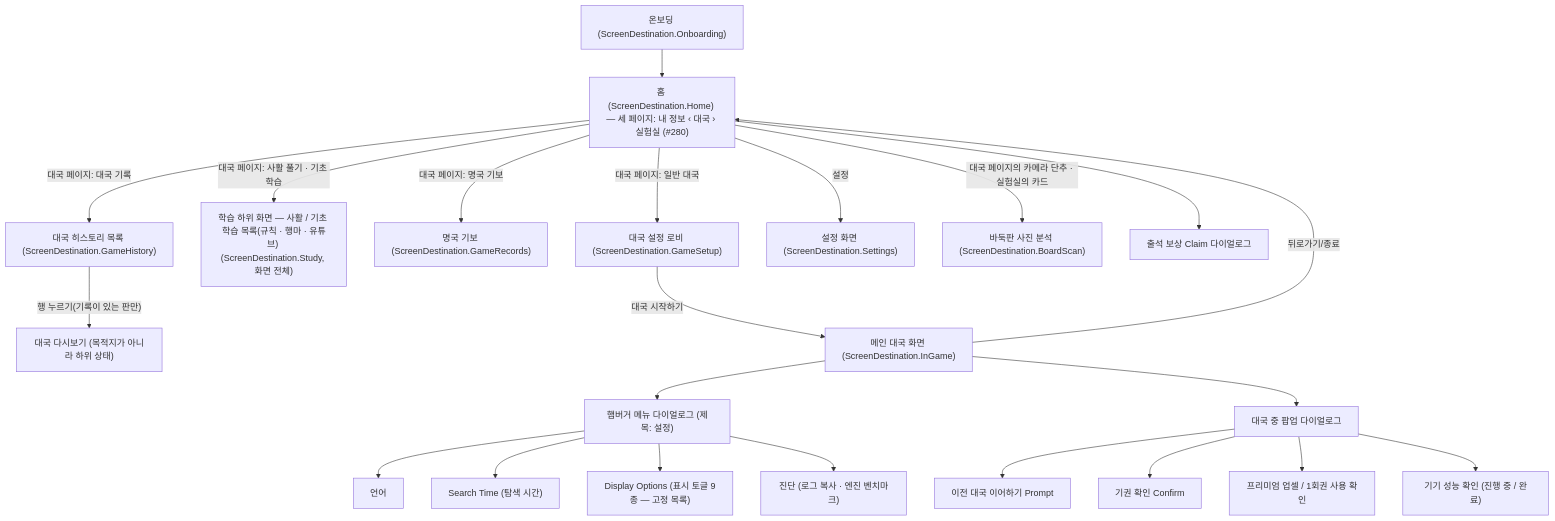
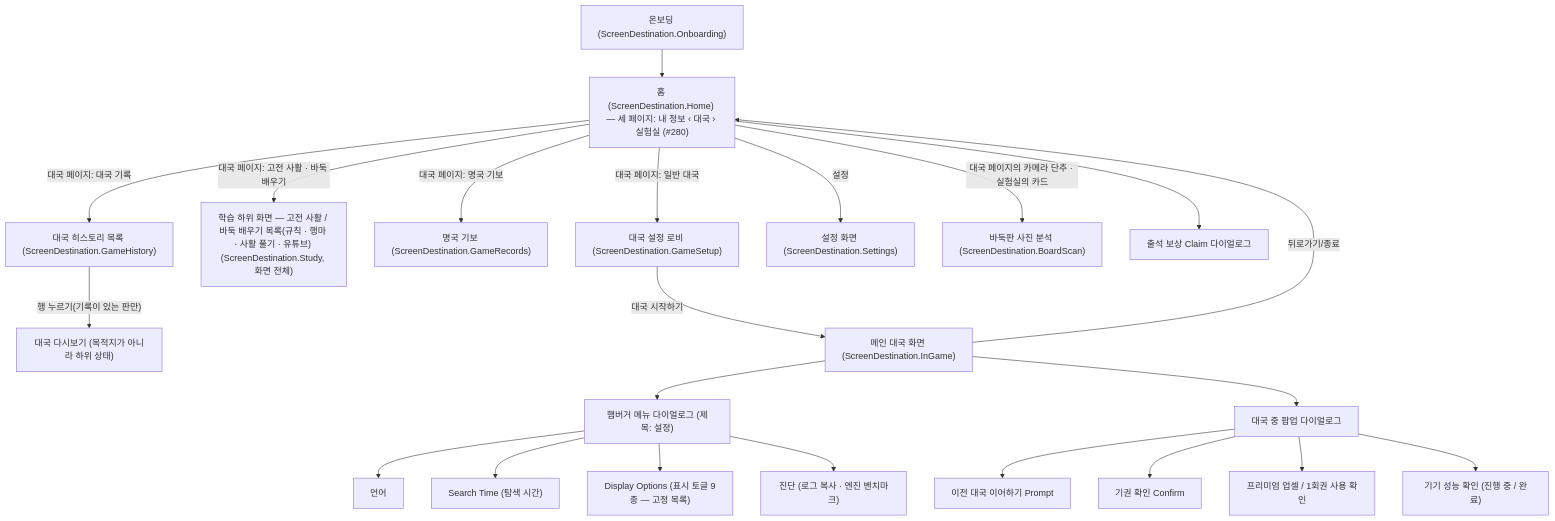
Before and after one commit to flitsky/go-ai-coach-app: the diagram in docs/spec/APP_IA_AND_UI_SPEC.md, drawn with Mermaid. The commit also changed other lines of this file and 12 other files, not shown here.

First line of the commit message:
feat(study): 「사활 풀기」 on the Play page becomes 「고전 사활」 and holds only the classics (기경중묘 · 발양론); the basic, intermediate and advanced problems move into 「바둑 배우기」 (was 「기초 학습」) after 기초 행마; one place, lifeAndDeathUnitsFor, splits the units and keeps 「다음 단원」 inside them (user 2026-10-24, backlog #290)

````diff
--- a/docs/spec/APP_IA_AND_UI_SPEC.md
+++ b/docs/spec/APP_IA_AND_UI_SPEC.md
@@ -21,26 +21,26 @@
 ```mermaid
 graph TD
     O["온보딩 (ScreenDestination.Onboarding)"] --> A
     A["홈 (ScreenDestination.Home) — 세 페이지: 내 정보 ‹ 대국 › 실험실 (#280)"] -->|"대국 페이지: 일반 대국"| B["대국 설정 로비 (ScreenDestination.GameSetup)"]
-    A -->|"대국 페이지: 사활 풀기 · 기초 학습"| F["학습 하위 화면 — 사활 / 기초 학습 목록(규칙 · 행마 · 유튜브) (ScreenDestination.Study, 화면 전체)"]
+    A -->|"대국 페이지: 고전 사활 · 바둑 배우기"| F["학습 하위 화면 — 고전 사활 / 바둑 배우기 목록(규칙 · 행마 · 사활 풀기 · 유튜브) (ScreenDestination.Study, 화면 전체)"]
     A -->|"대국 페이지: 명국 기보"| R["명국 기보 (ScreenDestination.GameRecords)"]
     A -->|"대국 페이지: 대국 기록"| G["대국 히스토리 목록 (ScreenDestination.GameHistory)"]
     G -->|"행 누르기(기록이 있는 판만)"| G1["대국 다시보기 (목적지가 아니라 하위 상태)"]
     A -->|"설정"| S["설정 화면 (ScreenDestination.Settings)"]
     A -->|"대국 페이지의 카메라 단추 · 실험실의 카드"| BS["바둑판 사진 분석 (ScreenDestination.BoardScan)"]
     B -->|"대국 시작하기"| C["메인 대국 화면 (ScreenDestination.InGame)"]
     C -->|"뒤로가기/종료"| A
 
     C --> D["햄버거 메뉴 다이얼로그 (제목: 설정)"]
     D --> D1["언어"]
     D --> D2["Search Time (탐색 시간)"]
     D --> D3["Display Options (표시 토글 9종 — 고정 목록)"]
     D --> D4["진단 (로그 복사 · 엔진 벤치마크)"]
 
     A --> P["출석 보상 Claim 다이얼로그"]
     C --> E["대국 중 팝업 다이얼로그"]
     E --> E1["이전 대국 이어하기 Prompt"]
     E --> E2["기권 확인 Confirm"]
     E --> E3["프리미엄 업셀 / 1회권 사용 확인"]
     E --> E4["기기 성능 확인 (진행 중 / 완료)"]
 ```
````
